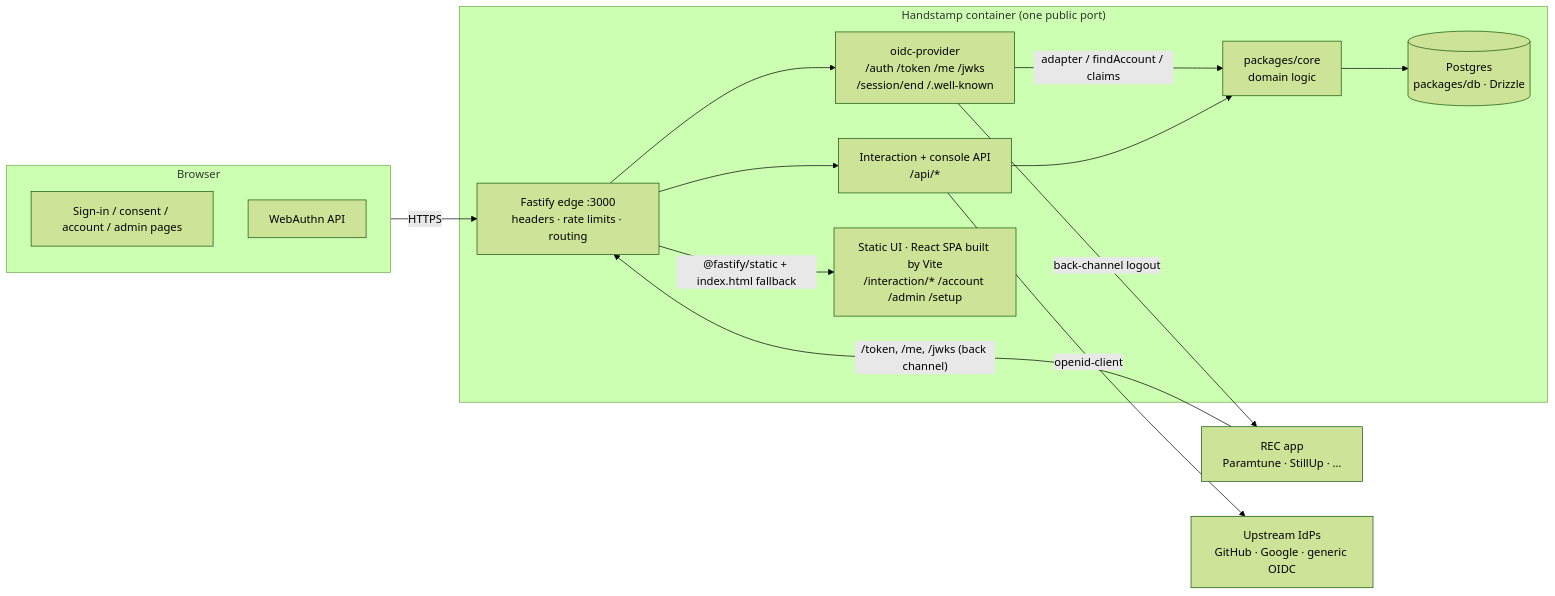
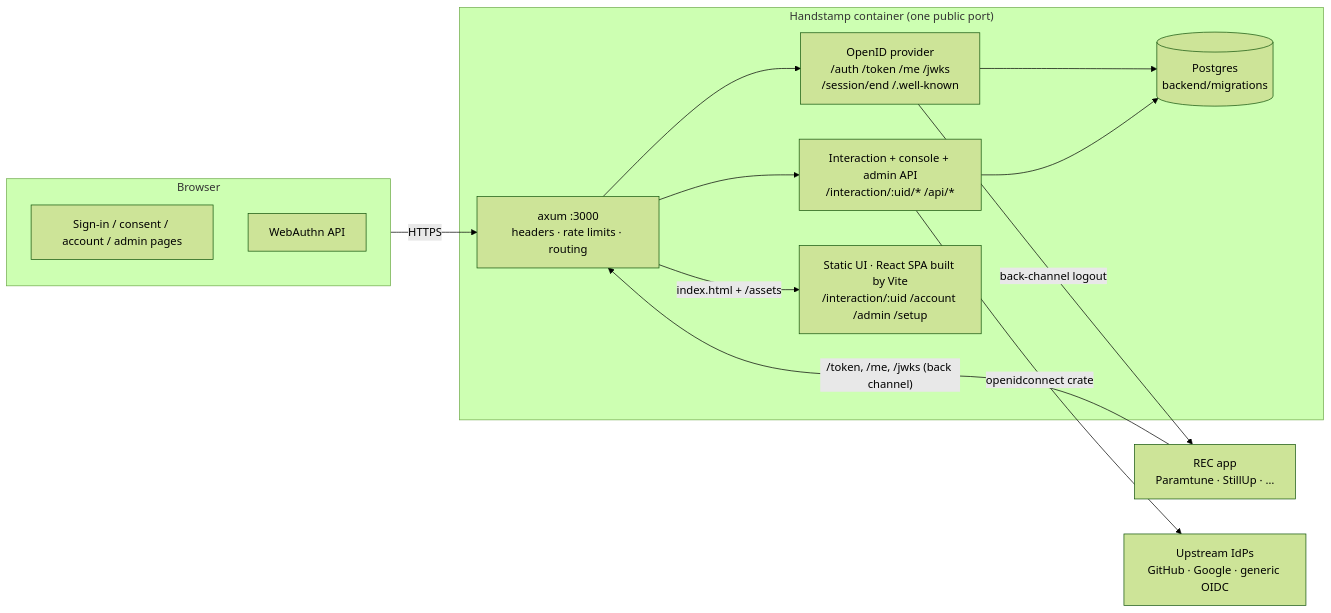
One commit to rec-farm/handstamp changed the first of 5 diagrams in docs/PLAN.md. Above: the diagram before and after it, drawn with Mermaid (forest theme). The commit also changed other lines of this file and 135 other files, not shown here.

````diff
--- a/docs/PLAN.md
+++ b/docs/PLAN.md
@@ -30,28 +30,26 @@
 ```mermaid
 flowchart LR
   subgraph Browser
     UI[Sign-in / consent / account / admin pages]
     WA[WebAuthn API]
   end
   RP[REC app<br/>Paramtune · StillUp · …]
   subgraph Handstamp["Handstamp container (one public port)"]
-    F[Fastify edge :3000<br/>headers · rate limits · routing]
-    OP[oidc-provider<br/>/auth /token /me /jwks<br/>/session/end /.well-known]
-    API[Interaction + console API<br/>/api/*]
-    N[Static UI · React SPA built by Vite<br/>/interaction/* /account /admin /setup]
-    CORE[packages/core<br/>domain logic]
-    DB[(Postgres<br/>packages/db · Drizzle)]
+    E[axum :3000<br/>headers · rate limits · routing]
+    OP[OpenID provider<br/>/auth /token /me /jwks<br/>/session/end /.well-known]
+    API[Interaction + console + admin API<br/>/interaction/:uid/* /api/*]
+    N[Static UI · React SPA built by Vite<br/>/interaction/:uid /account /admin /setup]
+    DB[(Postgres<br/>backend/migrations)]
   end
   UP[Upstream IdPs<br/>GitHub · Google · generic OIDC]
 
-  Browser -- HTTPS --> F
-  RP -- "/token, /me, /jwks (back channel)" --> F
-  F --> OP
-  F --> API
-  F -- "@fastify/static + index.html fallback" --> N
-  OP -- adapter / findAccount / claims --> CORE
-  API --> CORE
-  CORE --> DB
-  API -- "openid-client" --> UP
+  Browser -- HTTPS --> E
+  RP -- "/token, /me, /jwks (back channel)" --> E
+  E --> OP
+  E --> API
+  E -- "index.html + /assets" --> N
+  OP --> DB
+  API --> DB
+  API -- "openidconnect crate" --> UP
   OP -- "back-channel logout" --> RP
 ```
````
